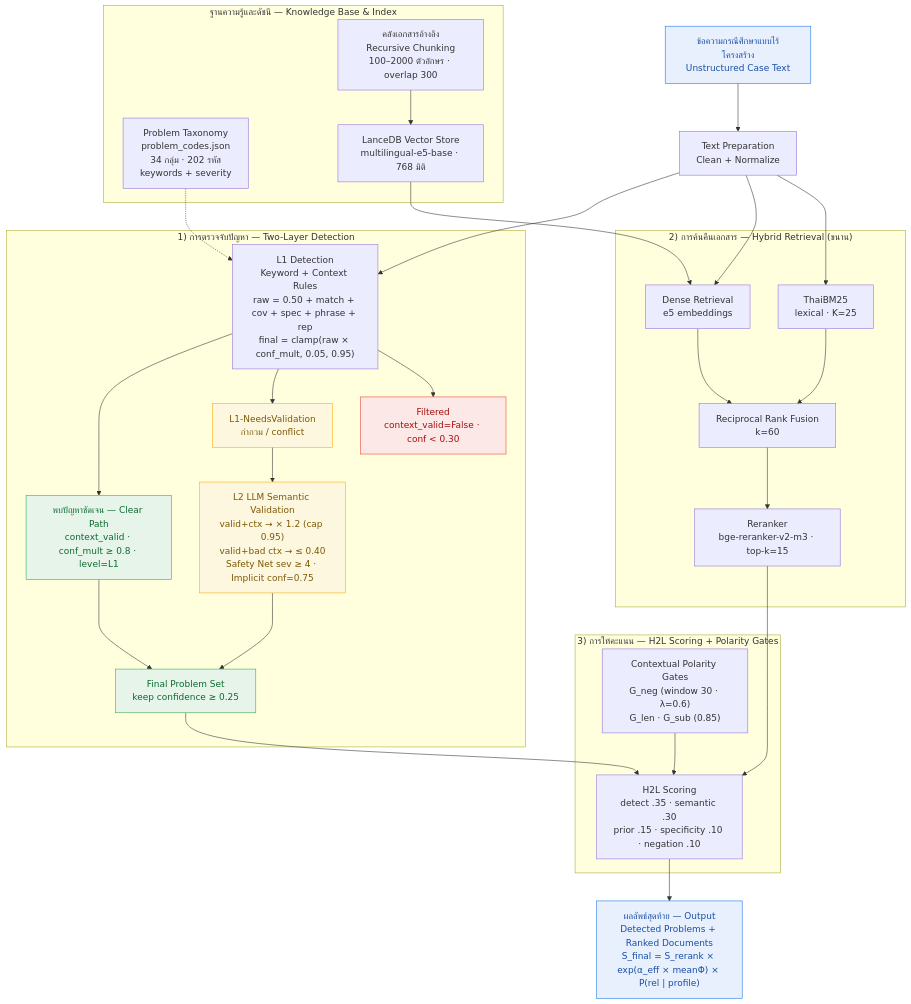
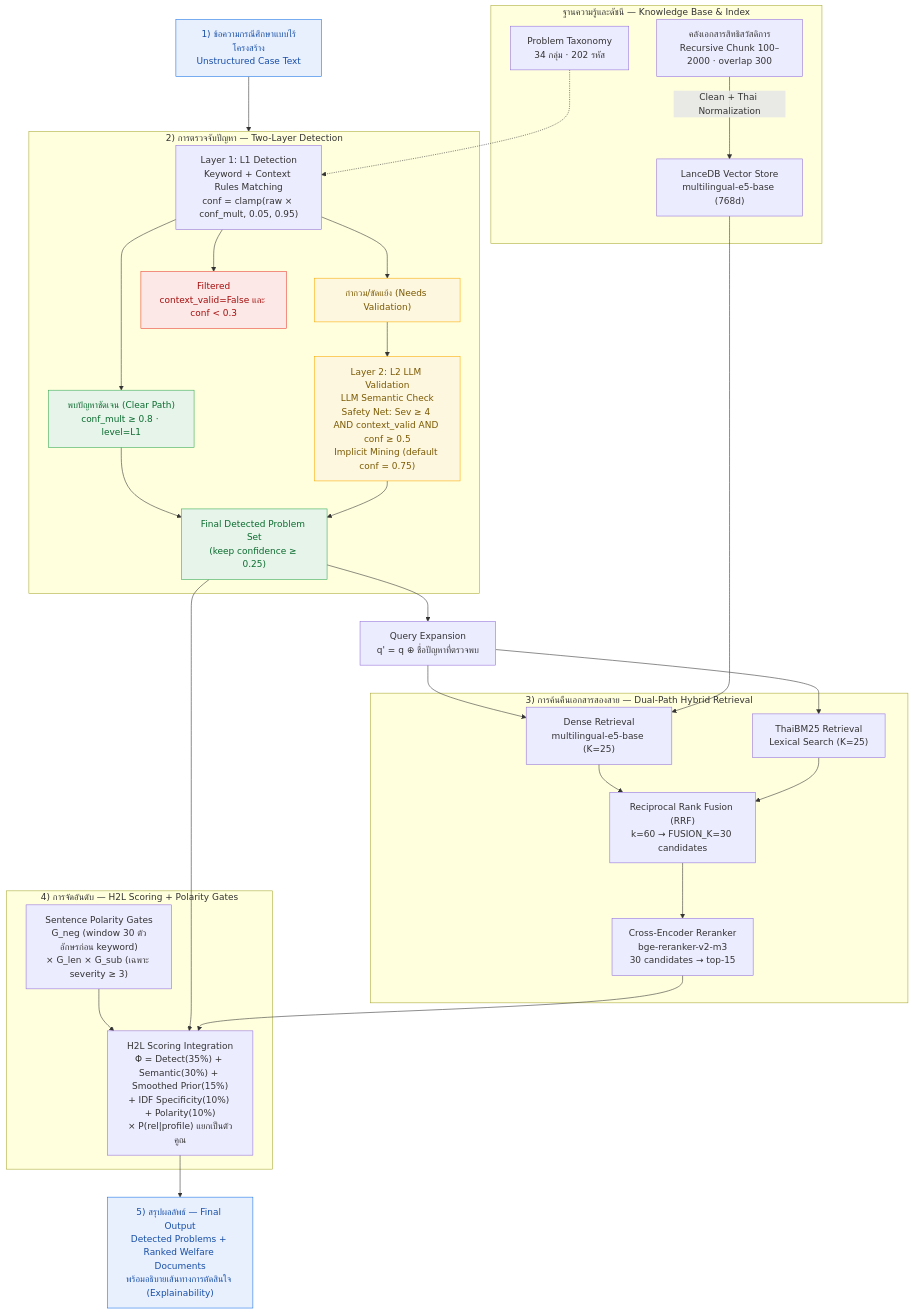
One commit to Mickeychay/thesis_one- changed the diagram in md_report/diagram_h2l_architecture.md. Above: the diagram before and after it, drawn with Mermaid. The commit also changed other lines of this file and 55 other files, not shown here.

````diff
--- a/md_report/diagram_h2l_architecture.md
+++ b/md_report/diagram_h2l_architecture.md
@@ -5,55 +5,50 @@
 ```mermaid
 flowchart TB
-    IN["ข้อความกรณีศึกษาแบบไร้โครงสร้าง<br/>Unstructured Case Text"] --> PREP["Text Preparation<br/>Clean + Normalize"]
-
-    subgraph KB["ฐานความรู้และดัชนี — Knowledge Base &amp; Index"]
-        TAX["Problem Taxonomy<br/>problem_codes.json<br/>34 กลุ่ม · 202 รหัส<br/>keywords + severity"]
-        DOCS["คลังเอกสารอ้างอิง<br/>Recursive Chunking<br/>100–2000 ตัวอักษร · overlap 300"]
-        IDX["LanceDB Vector Store<br/>multilingual-e5-base · 768 มิติ"]
-        DOCS --> IDX
+    IN["1) ข้อความกรณีศึกษาแบบไร้โครงสร้าง<br/>Unstructured Case Text"] --> DET
+    subgraph KB["ฐานความรู้และดัชนี — Knowledge Base & Index"]
+        TAX["Problem Taxonomy<br/>34 กลุ่ม · 202 รหัส"]
+        DOCS["คลังเอกสารสิทธิสวัสดิการ<br/>Recursive Chunk 100–2000 · overlap 300"]
+        IDX["LanceDB Vector Store<br/>multilingual-e5-base (768d)"]
+        DOCS -->|"Clean + Thai Normalization"| IDX
     end
-
-    subgraph DET["1) การตรวจจับปัญหา — Two-Layer Detection"]
-        L1["L1 Detection<br/>Keyword + Context Rules<br/>raw = 0.50 + match + cov + spec + phrase + rep<br/>final = clamp(raw × conf_mult, 0.05, 0.95)"]
-        L1 --> CLR["พบปัญหาชัดเจน — Clear Path<br/>context_valid · conf_mult ≥ 0.8 · level=L1"]
-        L1 --> NV["L1-NeedsValidation<br/>กำกวม / conflict"]
-        L1 --> FLT["Filtered<br/>context_valid=False · conf &lt; 0.30"]
-        NV --> L2["L2 LLM Semantic Validation<br/>valid+ctx → × 1.2 (cap 0.95)<br/>valid+bad ctx → ≤ 0.40<br/>Safety Net sev ≥ 4 · Implicit conf=0.75"]
-        CLR --> PS["Final Problem Set<br/>keep confidence ≥ 0.25"]
+    subgraph DET["2) การตรวจจับปัญหา — Two-Layer Detection"]
+        L1["Layer 1: L1 Detection<br/>Keyword + Context Rules Matching<br/>conf = clamp(raw × conf_mult, 0.05, 0.95)"]
+        L1 --> CLR["พบปัญหาชัดเจน (Clear Path)<br/>conf_mult ≥ 0.8 · level=L1"]
+        L1 --> NV["กำกวม/ขัดแย้ง (Needs Validation)"]
+        L1 --> FLT["Filtered<br/>context_valid=False และ conf < 0.3"]
+        NV --> L2["Layer 2: L2 LLM Validation<br/>LLM Semantic Check<br/>Safety Net: Sev ≥ 4 AND context_valid AND conf ≥ 0.5<br/>Implicit Mining (default conf = 0.75)"]
+        CLR --> PS["Final Detected Problem Set<br/>(keep confidence ≥ 0.25)"]
         L2 --> PS
     end
-
-    subgraph RET["2) การค้นคืนเอกสาร — Hybrid Retrieval (ขนาน)"]
-        DENSE["Dense Retrieval<br/>e5 embeddings"]
-        BM25["ThaiBM25<br/>lexical · K=25"]
-        RRF["Reciprocal Rank Fusion<br/>k=60"]
-        RERANK["Reranker<br/>bge-reranker-v2-m3 · top-k=15"]
+    PS --> QE["Query Expansion<br/>q' = q ⊕ ชื่อปัญหาที่ตรวจพบ"]
+    subgraph RET["3) การค้นคืนเอกสารสองสาย — Dual-Path Hybrid Retrieval"]
+        DENSE["Dense Retrieval<br/>multilingual-e5-base (K=25)"]
+        BM25["ThaiBM25 Retrieval<br/>Lexical Search (K=25)"]
+        RRF["Reciprocal Rank Fusion (RRF)<br/>k=60 → FUSION_K=30 candidates"]
+        RERANK["Cross-Encoder Reranker<br/>bge-reranker-v2-m3<br/>30 candidates → top-15"]
         DENSE --> RRF
         BM25 --> RRF
         RRF --> RERANK
     end
-
-    subgraph SCORE["3) การให้คะแนน — H2L Scoring + Polarity Gates"]
-        GATES["Contextual Polarity Gates<br/>G_neg (window 30 · λ=0.6)<br/>G_len · G_sub (0.85)"]
-        H2L["H2L Scoring<br/>detect .35 · semantic .30<br/>prior .15 · specificity .10 · negation .10"]
+    subgraph SCORE["4) การจัดอันดับ — H2L Scoring + Polarity Gates"]
+        GATES["Sentence Polarity Gates<br/>G_neg (window 30 ตัวอักษรก่อน keyword)<br/>× G_len × G_sub (เฉพาะ severity ≥ 3)"]
+        H2L["H2L Scoring Integration<br/>Φ = Detect(35%) + Semantic(30%) + Smoothed Prior(15%)<br/>+ IDF Specificity(10%) + Polarity(10%)<br/>× P(rel|profile) แยกเป็นตัวคูณ"]
         GATES --> H2L
     end
-
-    PREP --> L1
-    PREP --> DENSE
-    PREP --> BM25
+    QE --> DENSE
+    QE --> BM25
     TAX -.-> L1
     IDX --> DENSE
     PS --> H2L
     RERANK --> H2L
-    H2L --> OUT["ผลลัพธ์สุดท้าย — Output<br/>Detected Problems + Ranked Documents<br/>S_final = S_rerank × exp(α_eff × meanΦ) × P(rel | profile)"]
+    H2L --> OUT["5) สรุปผลลัพธ์ — Final Output<br/>Detected Problems + Ranked Welfare Documents<br/>พร้อมอธิบายเส้นทางการตัดสินใจ (Explainability)"]
 
     classDef io fill:#e8f0fe,stroke:#1a73e8,color:#174ea6;
     classDef keep fill:#e6f4ea,stroke:#34a853,color:#0b6b2f;
     classDef drop fill:#fce8e6,stroke:#ea4335,color:#a50e0e;
     classDef wait fill:#fef7e0,stroke:#f9ab00,color:#7a5900;
     class IN,OUT io;
     class CLR,PS keep;
     class FLT drop;
     class NV,L2 wait;
 ```
````
